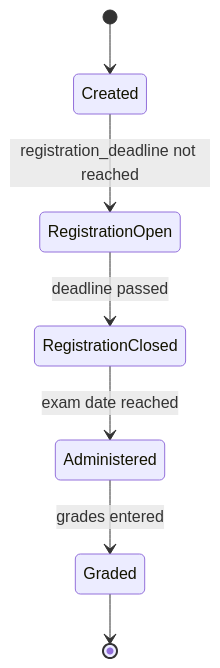
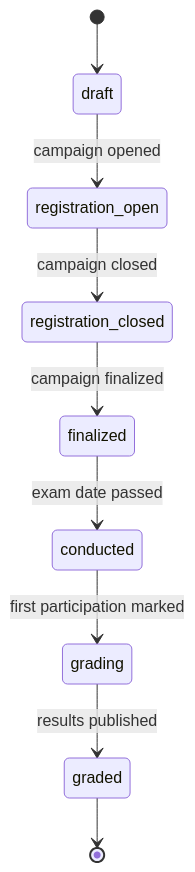
One commit to MaMpf-HD/mampf changed the diagram in architecture/src/features/05a-exam-model.md. Above: the diagram before and after it, drawn with Mermaid. The commit also changed other lines of this file, not shown here.

Commit message:
Update exam model lifecycle documentation and state diagram

````diff
--- a/architecture/src/features/05a-exam-model.md
+++ b/architecture/src/features/05a-exam-model.md
@@ -287,9 +292,11 @@
 ```mermaid
 stateDiagram-v2
-    [*] --> Created
-    Created --> RegistrationOpen : registration_deadline not reached
-    RegistrationOpen --> RegistrationClosed : deadline passed
-    RegistrationClosed --> Administered : exam date reached
-    Administered --> Graded : grades entered
-    Graded --> [*]
+    [*] --> draft
+    draft --> registration_open : campaign opened
+    registration_open --> registration_closed : campaign closed
+    registration_closed --> finalized : campaign finalized
+    finalized --> conducted : exam date passed
+    conducted --> grading : first participation marked
+    grading --> graded : results published
+    graded --> [*]
 ```
````
